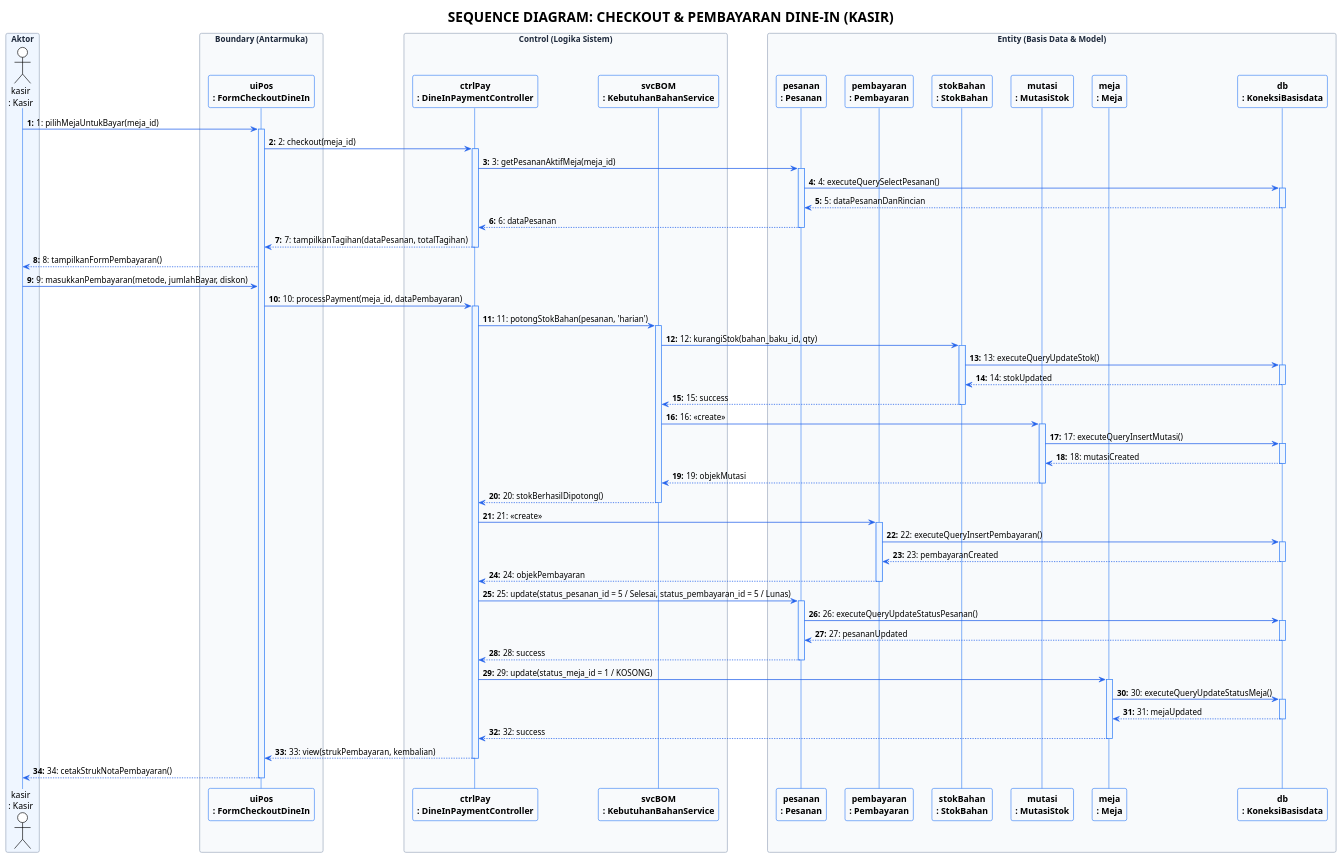
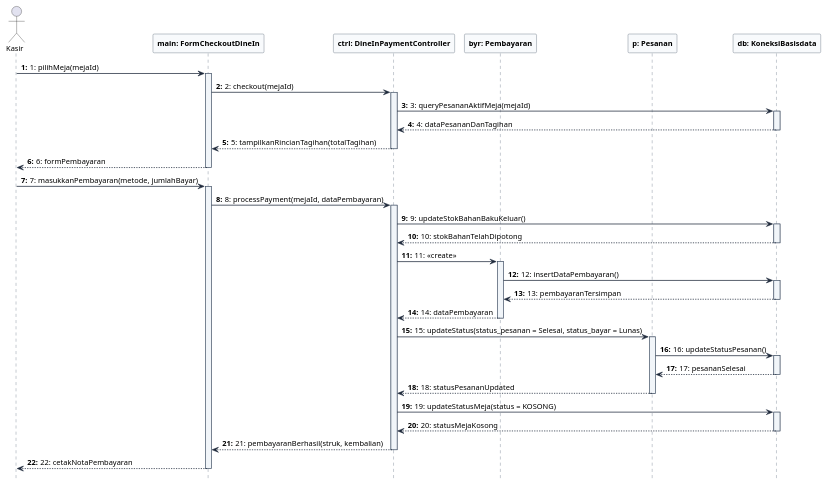
One commit to shidqie/bbc-resto changed the diagram in docs/sequence_diagram_dinein_kasir.puml. Above: the diagram before and after it, drawn with PlantUML. The commit also changed 1 other file, not shown here.

Commit message:
docs: rapikan sequence diagram dine in dan sembunyikan kotak footbox di bagian bawah

```diff
--- a/docs/sequence_diagram_dinein_kasir.puml
+++ b/docs/sequence_diagram_dinein_kasir.puml
@@ -1,130 +1,84 @@
 @startuml sequence_diagram_dinein_kasir
-!theme plain
+hide footbox
 skinparam backgroundColor #FFFFFF
 skinparam shadowing false
-skinparam roundcorner 6
+skinparam roundcorner 4
+skinparam defaultFontName "Helvetica", "Arial", sans-serif
+skinparam defaultFontSize 12
 skinparam sequenceArrowThickness 1.2
-skinparam sequenceArrowColor #2563EB
-skinparam sequenceLifeLineBorderColor #3B82F6
-skinparam sequenceLifeLineBackgroundColor #EFF6FF
-skinparam sequenceParticipantBorderColor #3B82F6
+skinparam sequenceArrowColor #1E293B
+skinparam sequenceLifeLineBorderColor #475569
+skinparam sequenceLifeLineBackgroundColor #F1F5F9
+skinparam sequenceParticipantBorderColor #334155
 skinparam sequenceParticipantBackgroundColor #F8FAFC
 skinparam sequenceParticipantFontStyle bold
-skinparam sequenceBoxBorderColor #94A3B8
-skinparam sequenceBoxBackgroundColor #F1F5F9
-skinparam sequenceBoxFontColor #1E293B
-skinparam sequenceBoxFontStyle bold
 
-' ==============================================================================
-' DIAGRAM 2: CHECKOUT & PEMBAYARAN DINE-IN DI KASIR
-' ==============================================================================
-
-box "Aktor" #EFF6FF
-actor "kasir\n: Kasir" as Kasir
-end box
-
-box "Boundary (Antarmuka)" #F8FAFC
-participant "uiPos\n: FormCheckoutDineIn" as UI
-end box
-
-box "Control (Logika Sistem)" #F8FAFC
-participant "ctrlPay\n: DineInPaymentController" as Controller
-participant "svcBOM\n: KebutuhanBahanService" as SvcBOM
-end box
-
-box "Entity (Basis Data & Model)" #F8FAFC
-participant "pesanan\n: Pesanan" as Pesanan
-participant "pembayaran\n: Pembayaran" as Pembayaran
-participant "stokBahan\n: StokBahan" as StokBahan
-participant "mutasi\n: MutasiStok" as Mutasi
-participant "meja\n: Meja" as Meja
-participant "db\n: KoneksiBasisdata" as DB
-end box
+actor "Kasir" as k
+participant "main: FormCheckoutDineIn" as main
+participant "ctrl: DineInPaymentController" as ctrl
+participant "byr: Pembayaran" as byr
+participant "p: Pesanan" as p
+participant "db: KoneksiBasisdata" as db
 
 autonumber 1 "<b>0:</b>"
 
-title **SEQUENCE DIAGRAM: CHECKOUT & PEMBAYARAN DINE-IN (KASIR)**
+k -> main : 1: pilihMeja(mejaId)
+activate main
 
-Kasir -> UI : 1: pilihMejaUntukBayar(meja_id)
-activate UI
+main -> ctrl : 2: checkout(mejaId)
+activate ctrl
 
-UI -> Controller : 2: checkout(meja_id)
-activate Controller
+ctrl -> db : 3: queryPesananAktifMeja(mejaId)
+activate db
+db --> ctrl : 4: dataPesananDanTagihan
+deactivate db
 
-Controller -> Pesanan : 3: getPesananAktifMeja(meja_id)
-activate Pesanan
-Pesanan -> DB : 4: executeQuerySelectPesanan()
-activate DB
-DB --> Pesanan : 5: dataPesananDanRincian
-deactivate DB
-Pesanan --> Controller : 6: dataPesanan
-deactivate Pesanan
+ctrl --> main : 5: tampilkanRincianTagihan(totalTagihan)
+deactivate ctrl
 
-Controller --> UI : 7: tampilkanTagihan(dataPesanan, totalTagihan)
-deactivate Controller
+main --> k : 6: formPembayaran
+deactivate main
 
-UI --> Kasir : 8: tampilkanFormPembayaran()
+k -> main : 7: masukkanPembayaran(metode, jumlahBayar)
+activate main
 
-Kasir -> UI : 9: masukkanPembayaran(metode, jumlahBayar, diskon)
+main -> ctrl : 8: processPayment(mejaId, dataPembayaran)
+activate ctrl
 
-UI -> Controller : 10: processPayment(meja_id, dataPembayaran)
-activate Controller
+ctrl -> db : 9: updateStokBahanBakuKeluar()
+activate db
+db --> ctrl : 10: stokBahanTelahDipotong
+deactivate db
 
-Controller -> SvcBOM : 11: potongStokBahan(pesanan, 'harian')
-activate SvcBOM
+ctrl -> byr : 11: <<create>>
+activate byr
 
-SvcBOM -> StokBahan : 12: kurangiStok(bahan_baku_id, qty)
-activate StokBahan
-StokBahan -> DB : 13: executeQueryUpdateStok()
-activate DB
-DB --> StokBahan : 14: stokUpdated
-deactivate DB
-StokBahan --> SvcBOM : 15: success
-deactivate StokBahan
+byr -> db : 12: insertDataPembayaran()
+activate db
+db --> byr : 13: pembayaranTersimpan
+deactivate db
+byr --> ctrl : 14: dataPembayaran
+deactivate byr
 
-SvcBOM -> Mutasi : 16: <<create>>
-activate Mutasi
-Mutasi -> DB : 17: executeQueryInsertMutasi()
-activate DB
-DB --> Mutasi : 18: mutasiCreated
-deactivate DB
-Mutasi --> SvcBOM : 19: objekMutasi
-deactivate Mutasi
+ctrl -> p : 15: updateStatus(status_pesanan = Selesai, status_bayar = Lunas)
+activate p
 
-SvcBOM --> Controller : 20: stokBerhasilDipotong()
-deactivate SvcBOM
+p -> db : 16: updateStatusPesanan()
+activate db
+db --> p : 17: pesananSelesai
+deactivate db
+p --> ctrl : 18: statusPesananUpdated
+deactivate p
 
-Controller -> Pembayaran : 21: <<create>>
-activate Pembayaran
-Pembayaran -> DB : 22: executeQueryInsertPembayaran()
-activate DB
-DB --> Pembayaran : 23: pembayaranCreated
-deactivate DB
-Pembayaran --> Controller : 24: objekPembayaran
-deactivate Pembayaran
+ctrl -> db : 19: updateStatusMeja(status = KOSONG)
+activate db
+db --> ctrl : 20: statusMejaKosong
+deactivate db
 
-Controller -> Pesanan : 25: update(status_pesanan_id = 5 / Selesai, status_pembayaran_id = 5 / Lunas)
-activate Pesanan
-Pesanan -> DB : 26: executeQueryUpdateStatusPesanan()
-activate DB
-DB --> Pesanan : 27: pesananUpdated
-deactivate DB
-Pesanan --> Controller : 28: success
-deactivate Pesanan
+ctrl --> main : 21: pembayaranBerhasil(struk, kembalian)
+deactivate ctrl
 
-Controller -> Meja : 29: update(status_meja_id = 1 / KOSONG)
-activate Meja
-Meja -> DB : 30: executeQueryUpdateStatusMeja()
-activate DB
-DB --> Meja : 31: mejaUpdated
-deactivate DB
-Meja --> Controller : 32: success
-deactivate Meja
-
-Controller --> UI : 33: view(strukPembayaran, kembalian)
-deactivate Controller
-
-UI --> Kasir : 34: cetakStrukNotaPembayaran()
-deactivate UI
+main --> k : 22: cetakNotaPembayaran
+deactivate main
 
 @enduml
```
